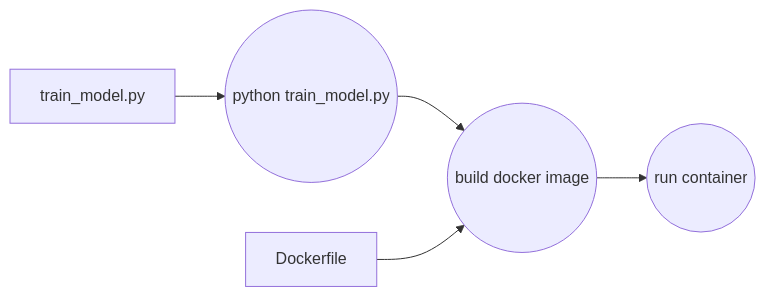
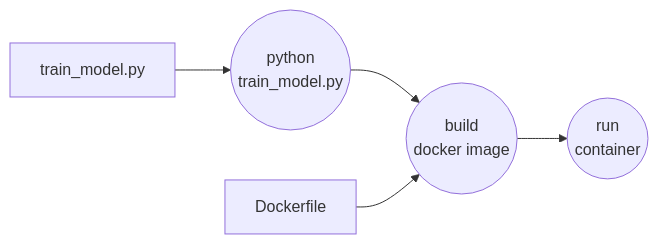
The first of 3 diagrams in README.md (ketut-garjita/E-Commerce-Engagement-ML), drawn with Mermaid before and after one commit.

````diff
--- a/README.md
+++ b/README.md
@@ -111,7 +111,10 @@
 ```mermaid
    graph LR
-    A((python train_model.py)) --> B((build docker image))
-    B --> C((run container))
+    A((python
+train_model.py)) --> B((build
+docker image))
+    B --> C((run
+container))
     train_model.py --> A
     Dockerfile --> B
 ```
````
